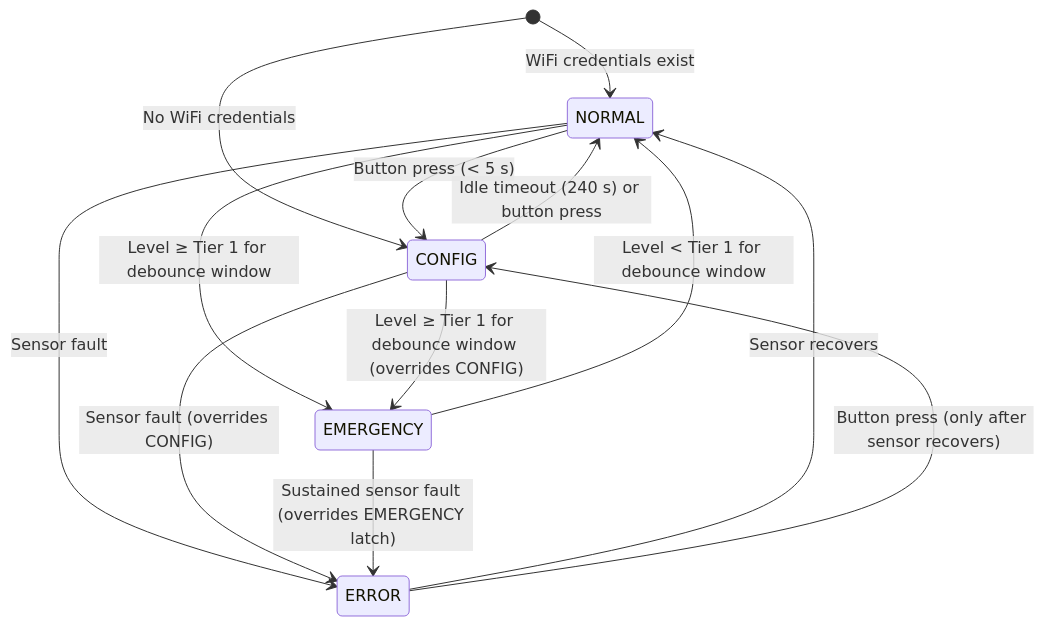
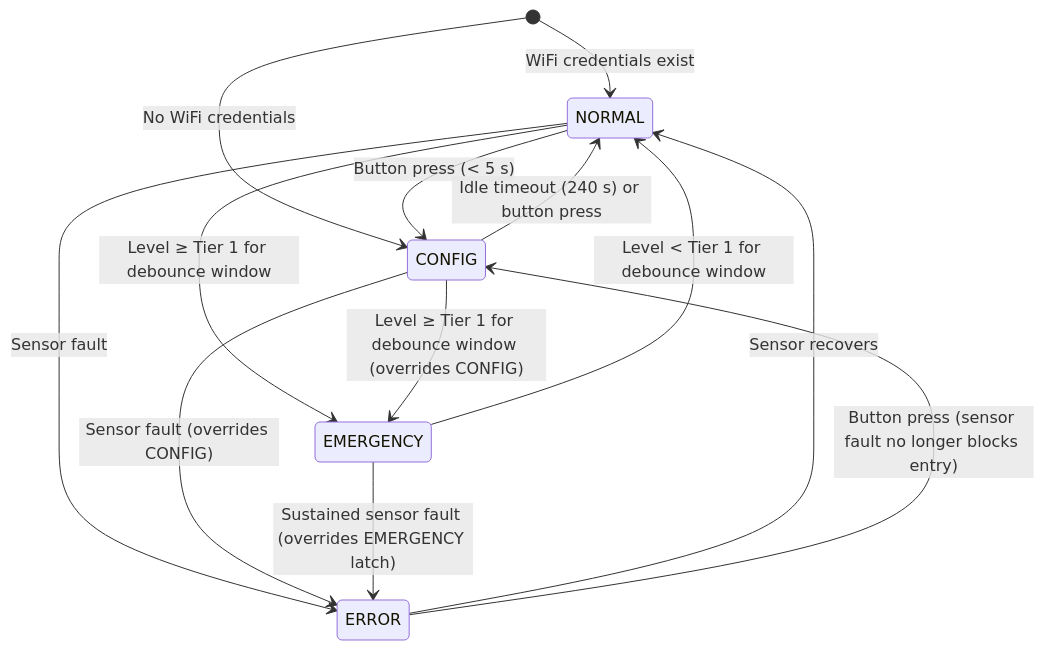
One commit to Robert336/BoatReporterESP changed the second of 5 diagrams in docs/architecture.md. Above: the diagram before and after it, drawn with Mermaid. The commit also changed other lines of this file and 13 other files, not shown here.

First line of the commit message:
Add WiFi picker; allow config during sensor fault

````diff
--- a/docs/architecture.md
+++ b/docs/architecture.md
@@ -88,19 +88,19 @@
 ```mermaid
 stateDiagram-v2
     [*] --> NORMAL: WiFi credentials exist
     [*] --> CONFIG: No WiFi credentials
 
     NORMAL --> CONFIG: Button press (< 5 s)
     NORMAL --> ERROR: Sensor fault
     NORMAL --> EMERGENCY: Level ≥ Tier 1 for debounce window
 
     CONFIG --> NORMAL: Idle timeout (240 s) or button press
     CONFIG --> ERROR: Sensor fault (overrides CONFIG)
     CONFIG --> EMERGENCY: Level ≥ Tier 1 for debounce window (overrides CONFIG)
 
     ERROR --> NORMAL: Sensor recovers
-    ERROR --> CONFIG: Button press (only after sensor recovers)
+    ERROR --> CONFIG: Button press (sensor fault no longer blocks entry)
 
     EMERGENCY --> NORMAL: Level < Tier 1 for debounce window
     EMERGENCY --> ERROR: Sustained sensor fault (overrides EMERGENCY latch)
 ```
````
